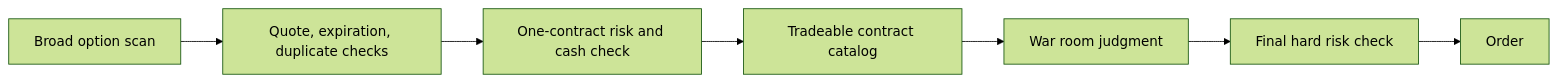
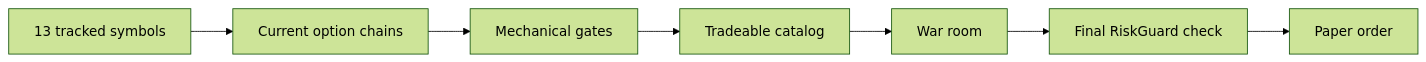
The diagram in .lode/trading/summary.md (xakpc/Alpaca.NoIdea), drawn with Mermaid (forest theme) before and after one commit. The commit also changed other lines of this file and 92 other files, not shown here.

````diff
--- a/.lode/trading/summary.md
+++ b/.lode/trading/summary.md
@@ -31,9 +6,9 @@
 ```mermaid
 flowchart LR
-    A[Broad option scan] --> B[Quote, expiration, duplicate checks]
-    B --> C[One-contract risk and cash check]
-    C --> D[Tradeable contract catalog]
-    D --> E[War room judgment]
-    E --> F[Final hard risk check]
-    F --> G[Order]
+    S[13 tracked symbols] --> C[Current option chains]
+    C --> G[Mechanical gates]
+    G --> T[Tradeable catalog]
+    T --> W[War room]
+    W --> R[Final RiskGuard check]
+    R --> O[Paper order]
 ```
````
